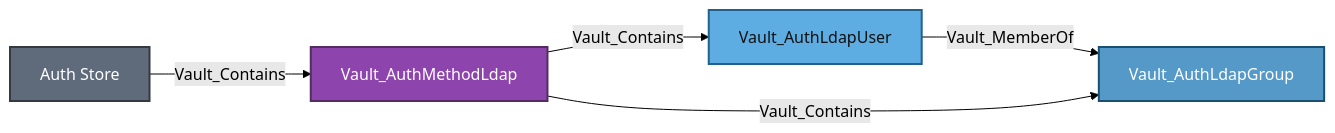
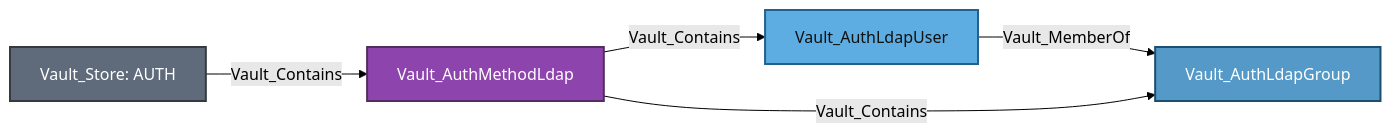
One commit to bytewreck/opengraph-vault changed diagram 16 of 28 in Documentation/stores/AUTH.md. Above: the diagram before and after it, drawn with Mermaid (forest theme). The commit also changed other lines of this file, not shown here.

````diff
--- a/Documentation/stores/AUTH.md
+++ b/Documentation/stores/AUTH.md
@@ -938,12 +938,12 @@
 ```mermaid
 flowchart LR
-    store[Auth Store]:::storeNode -->|Vault_Contains| method[Vault_AuthMethodLdap]:::authMethodNode
+    store[Vault_Store: AUTH]:::storeNode -->|Vault_Contains| method[Vault_AuthMethodLdap]:::authMethodNode
     method -->|Vault_Contains| user[Vault_AuthLdapUser]:::authUserNode
     user -->|Vault_MemberOf| group[Vault_AuthLdapGroup]:::authGroupNode
     method -->|Vault_Contains| group
 
     classDef storeNode fill:#5F6B7A,color:#fff,stroke:#343A40,stroke-width:2px
     classDef authMethodNode fill:#8E44AD,color:#fff,stroke:#512E5F,stroke-width:2px
     classDef authUserNode fill:#5DADE2,color:#111,stroke:#21618C,stroke-width:2px
     classDef authGroupNode fill:#5499C7,color:#fff,stroke:#1B4F72,stroke-width:2px
 ```
````
